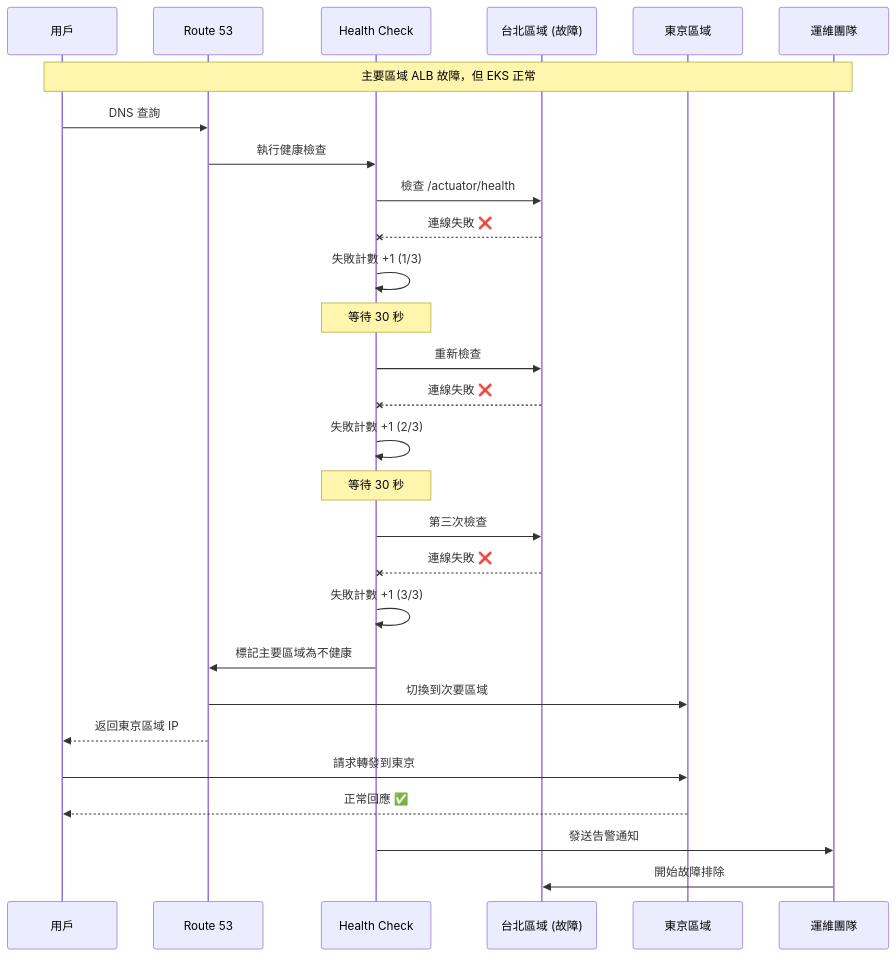
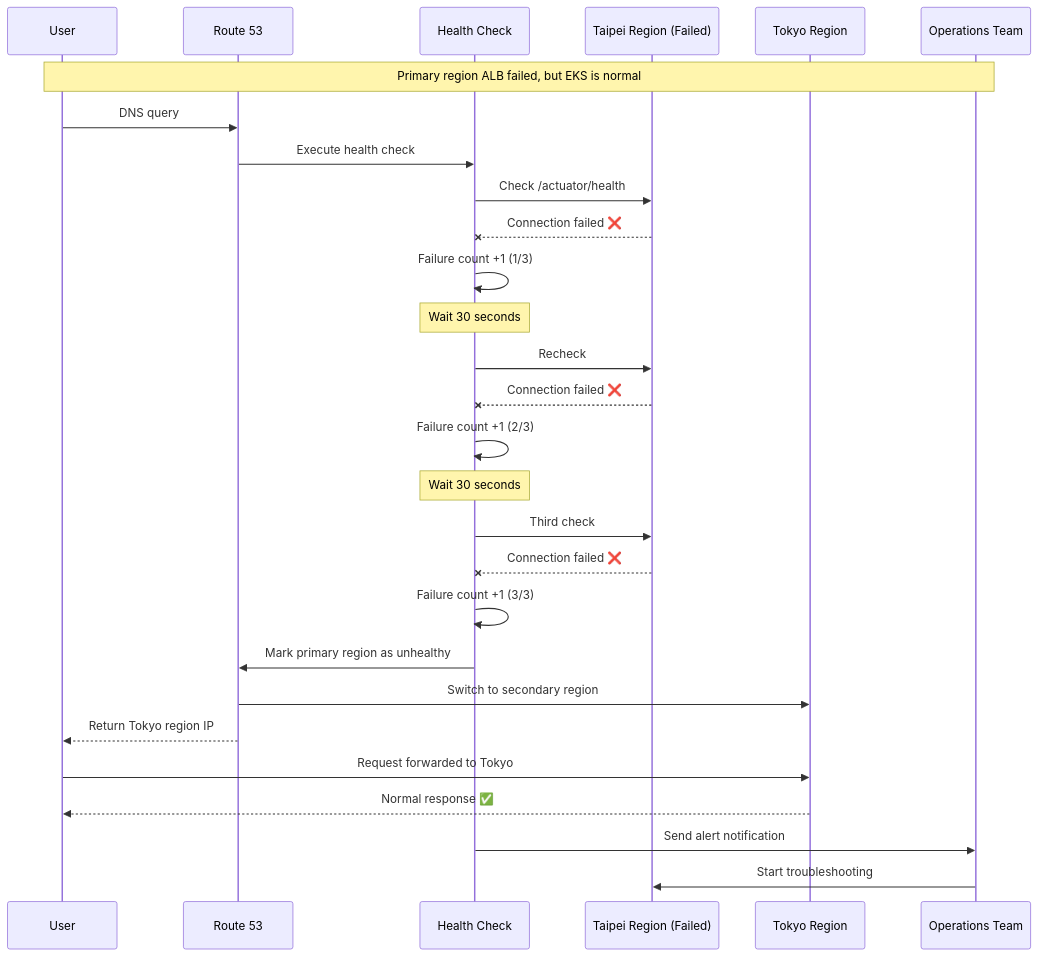
The sixth of 11 diagrams in docs/viewpoints/operational/dns-disaster-recovery.md (humank/genai-demo), drawn with Mermaid before and after one commit. The commit also changed other lines of this file and 453 other files, not shown here.

First line of the commit message:
feat: Complete translation of key architecture and API documentation

````diff
--- a/docs/viewpoints/operational/dns-disaster-recovery.md
+++ b/docs/viewpoints/operational/dns-disaster-recovery.md
@@ -341,38 +341,38 @@
 ```mermaid
 sequenceDiagram
-    participant User as 用戶
+    participant User as User
     participant Route53 as Route 53
     participant HC as Health Check
-    participant Primary as 台北區域 (故障)
-    participant Secondary as 東京區域
-    participant Ops as 運維團隊
+    participant Primary as Taipei Region (Failed)
+    participant Secondary as Tokyo Region
+    participant Ops as Operations Team
     
-    Note over User,Ops: 主要區域 ALB 故障，但 EKS 正常
+    Note over User,Ops: Primary region ALB failed, but EKS is normal
     
-    User->>Route53: DNS 查詢
-    Route53->>HC: 執行健康檢查
-    HC->>Primary: 檢查 /actuator/health
-    Primary--xHC: 連線失敗 ❌
-    HC->>HC: 失敗計數 +1 (1/3)
+    User->>Route53: DNS query
+    Route53->>HC: Execute health check
+    HC->>Primary: Check /actuator/health
+    Primary--xHC: Connection failed ❌
+    HC->>HC: Failure count +1 (1/3)
     
-    Note over HC: 等待 30 秒
+    Note over HC: Wait 30 seconds
     
-    HC->>Primary: 重新檢查
-    Primary--xHC: 連線失敗 ❌
-    HC->>HC: 失敗計數 +1 (2/3)
+    HC->>Primary: Recheck
+    Primary--xHC: Connection failed ❌
+    HC->>HC: Failure count +1 (2/3)
     
-    Note over HC: 等待 30 秒
+    Note over HC: Wait 30 seconds
     
-    HC->>Primary: 第三次檢查
-    Primary--xHC: 連線失敗 ❌
-    HC->>HC: 失敗計數 +1 (3/3)
-    HC->>Route53: 標記主要區域為不健康
+    HC->>Primary: Third check
+    Primary--xHC: Connection failed ❌
+    HC->>HC: Failure count +1 (3/3)
+    HC->>Route53: Mark primary region as unhealthy
     
-    Route53->>Secondary: 切換到次要區域
-    Route53-->>User: 返回東京區域 IP
-    User->>Secondary: 請求轉發到東京
-    Secondary-->>User: 正常回應 ✅
+    Route53->>Secondary: Switch to secondary region
+    Route53-->>User: Return Tokyo region IP
+    User->>Secondary: Request forwarded to Tokyo
+    Secondary-->>User: Normal response ✅
     
-    HC->>Ops: 發送告警通知
-    Ops->>Primary: 開始故障排除
+    HC->>Ops: Send alert notification
+    Ops->>Primary: Start troubleshooting
 ```
````
